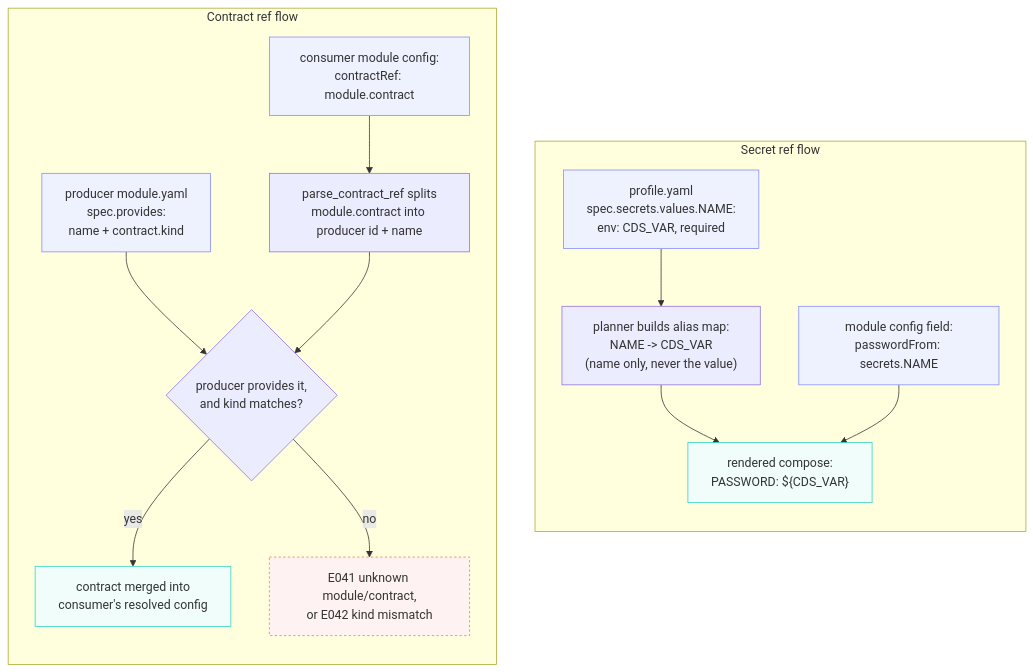
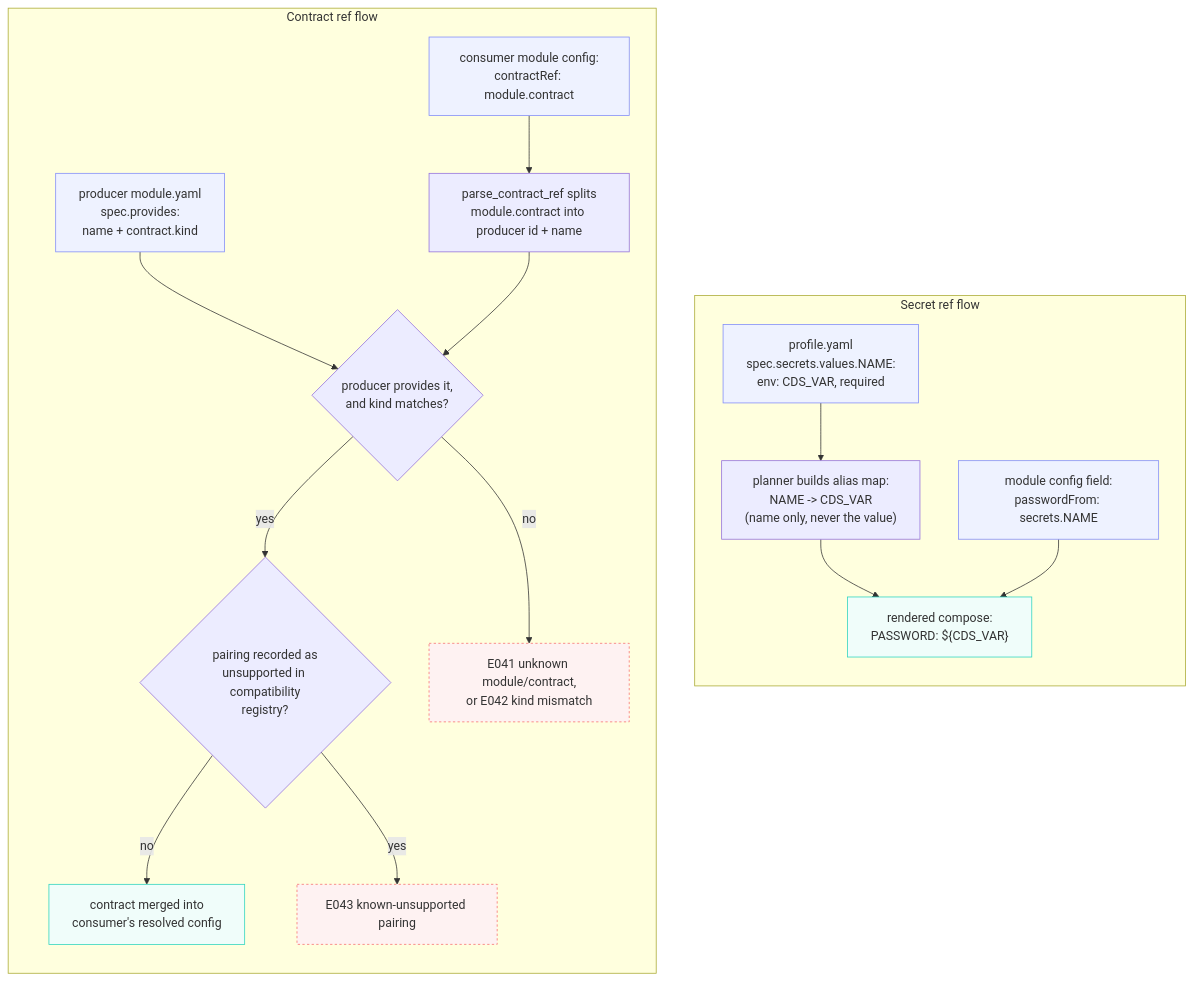
One commit to RonaldHensbergen/composable-data-stack changed the diagram in docs/architecture.md. Above: the diagram before and after it, drawn with Mermaid. The commit also changed other lines of this file and 6 other files, not shown here.

````diff
--- a/docs/architecture.md
+++ b/docs/architecture.md
@@ -102,37 +102,41 @@
 ```mermaid
 flowchart TD
     subgraph secrets["Secret ref flow"]
         direction TB
         S1["profile.yaml<br/>spec.secrets.values.NAME:<br/>env: CDS_VAR, required"]
         S2["module config field:<br/>passwordFrom: secrets.NAME"]
         S3["planner builds alias map:<br/>NAME -> CDS_VAR<br/>(name only, never the value)"]
         S4["rendered compose:<br/>PASSWORD: ${CDS_VAR}"]
         S1 --> S3
         S3 --> S4
         S2 --> S4
     end
 
     subgraph contracts["Contract ref flow"]
         direction TB
         C1["producer module.yaml<br/>spec.provides:<br/>name + contract.kind"]
         C2["consumer module config:<br/>contractRef: module.contract"]
         C3["parse_contract_ref splits<br/>module.contract into producer id + name"]
         C4{"producer provides it,<br/>and kind matches?"}
+        C4b{"pairing recorded as<br/>unsupported in compatibility<br/>registry?"}
         C5["contract merged into<br/>consumer's resolved config"]
         C6["E041 unknown module/contract,<br/>or E042 kind mismatch"]
+        C7["E043 known-unsupported pairing"]
 
         C1 --> C4
         C2 --> C3
         C3 --> C4
-        C4 -->|yes| C5
+        C4 -->|yes| C4b
         C4 -->|no| C6
+        C4b -->|no| C5
+        C4b -->|yes| C7
     end
 
     classDef stage stroke:#818cf8,fill:#eef2ff
     classDef sink stroke:#2dd4bf,fill:#f0fdfa
     classDef stop stroke:#f87171,fill:#fef2f2,stroke-dasharray: 3 3
 
     class S1,S2,C1,C2 stage
     class S4,C5 sink
-    class C6 stop
+    class C6,C7 stop
 ```
````
